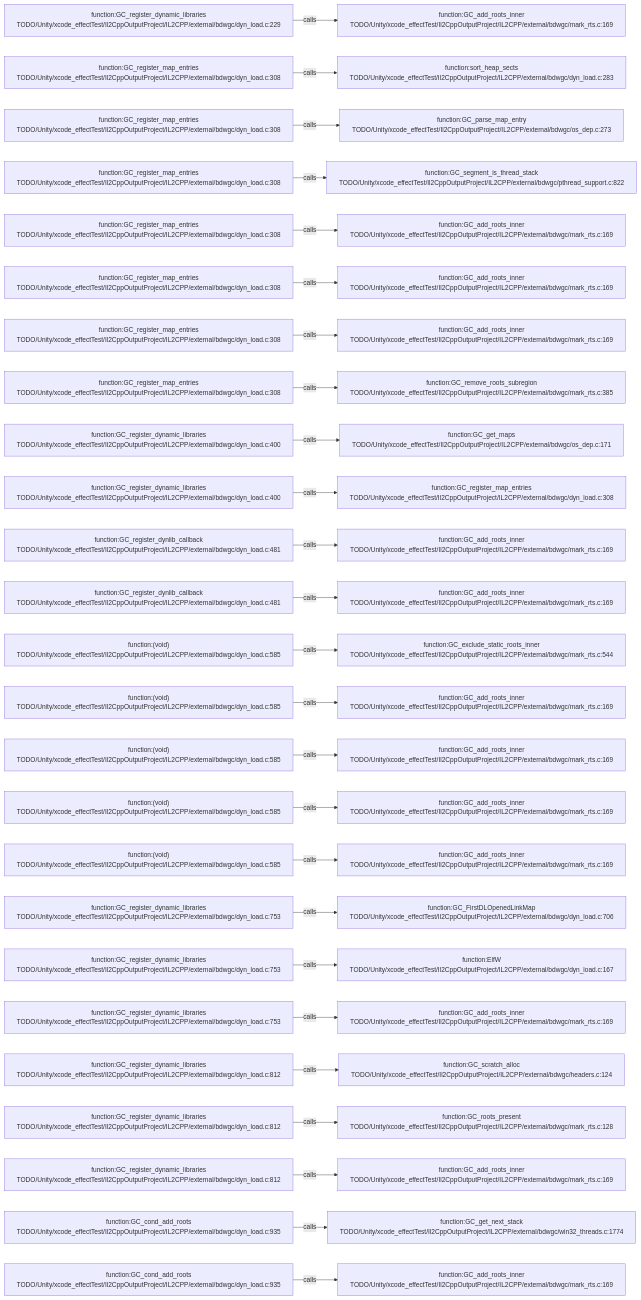
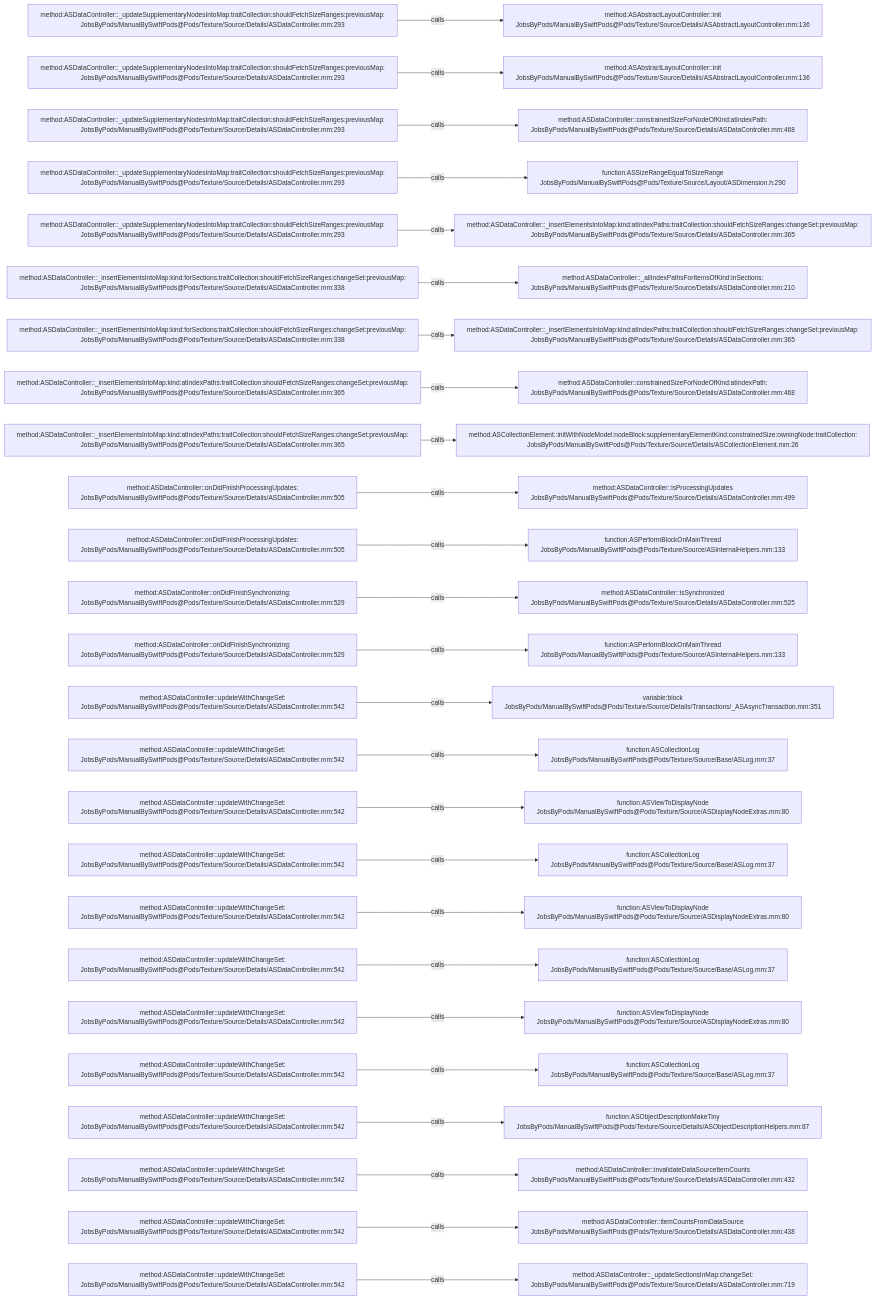
One commit to JobsKits/JobsSwiftBaseConfigDemo changed the diagram in .codegraph/codegraph.md/graphs/calls-104.md. Above: the diagram before and after it, drawn with Mermaid. The commit also changed 2959 other files, not shown here.

````diff
--- a/.codegraph/codegraph.md/graphs/calls-104.md
+++ b/.codegraph/codegraph.md/graphs/calls-104.md
@@ -13,78 +13,78 @@
 ```mermaid
 flowchart LR
-  S1["function:GC_register_dynamic_libraries<br/>TODO/Unity/xcode_effectTest/Il2CppOutputProject/IL2CPP/external/bdwgc/dyn_load.c:229"]
-  T1["function:GC_add_roots_inner<br/>TODO/Unity/xcode_effectTest/Il2CppOutputProject/IL2CPP/external/bdwgc/mark_rts.c:169"]
+  S1["method:ASDataController::_updateSupplementaryNodesIntoMap:traitCollection:shouldFetchSizeRanges:previousMap:<br/>JobsByPods/ManualBySwiftPods@Pods/Texture/Source/Details/ASDataController.mm:293"]
+  T1["method:ASAbstractLayoutController::init<br/>JobsByPods/ManualBySwiftPods@Pods/Texture/Source/Details/ASAbstractLayoutController.mm:136"]
   S1 -->|calls| T1
-  S2["function:GC_register_map_entries<br/>TODO/Unity/xcode_effectTest/Il2CppOutputProject/IL2CPP/external/bdwgc/dyn_load.c:308"]
-  T2["function:sort_heap_sects<br/>TODO/Unity/xcode_effectTest/Il2CppOutputProject/IL2CPP/external/bdwgc/dyn_load.c:283"]
+  S2["method:ASDataController::_updateSupplementaryNodesIntoMap:traitCollection:shouldFetchSizeRanges:previousMap:<br/>JobsByPods/ManualBySwiftPods@Pods/Texture/Source/Details/ASDataController.mm:293"]
+  T2["method:ASAbstractLayoutController::init<br/>JobsByPods/ManualBySwiftPods@Pods/Texture/Source/Details/ASAbstractLayoutController.mm:136"]
   S2 -->|calls| T2
-  S3["function:GC_register_map_entries<br/>TODO/Unity/xcode_effectTest/Il2CppOutputProject/IL2CPP/external/bdwgc/dyn_load.c:308"]
-  T3["function:GC_parse_map_entry<br/>TODO/Unity/xcode_effectTest/Il2CppOutputProject/IL2CPP/external/bdwgc/os_dep.c:273"]
+  S3["method:ASDataController::_updateSupplementaryNodesIntoMap:traitCollection:shouldFetchSizeRanges:previousMap:<br/>JobsByPods/ManualBySwiftPods@Pods/Texture/Source/Details/ASDataController.mm:293"]
+  T3["method:ASDataController::constrainedSizeForNodeOfKind:atIndexPath:<br/>JobsByPods/ManualBySwiftPods@Pods/Texture/Source/Details/ASDataController.mm:468"]
   S3 -->|calls| T3
-  S4["function:GC_register_map_entries<br/>TODO/Unity/xcode_effectTest/Il2CppOutputProject/IL2CPP/external/bdwgc/dyn_load.c:308"]
-  T4["function:GC_segment_is_thread_stack<br/>TODO/Unity/xcode_effectTest/Il2CppOutputProject/IL2CPP/external/bdwgc/pthread_support.c:822"]
+  S4["method:ASDataController::_updateSupplementaryNodesIntoMap:traitCollection:shouldFetchSizeRanges:previousMap:<br/>JobsByPods/ManualBySwiftPods@Pods/Texture/Source/Details/ASDataController.mm:293"]
+  T4["function:ASSizeRangeEqualToSizeRange<br/>JobsByPods/ManualBySwiftPods@Pods/Texture/Source/Layout/ASDimension.h:290"]
   S4 -->|calls| T4
-  S5["function:GC_register_map_entries<br/>TODO/Unity/xcode_effectTest/Il2CppOutputProject/IL2CPP/external/bdwgc/dyn_load.c:308"]
-  T5["function:GC_add_roots_inner<br/>TODO/Unity/xcode_effectTest/Il2CppOutputProject/IL2CPP/external/bdwgc/mark_rts.c:169"]
+  S5["method:ASDataController::_updateSupplementaryNodesIntoMap:traitCollection:shouldFetchSizeRanges:previousMap:<br/>JobsByPods/ManualBySwiftPods@Pods/Texture/Source/Details/ASDataController.mm:293"]
+  T5["method:ASDataController::_insertElementsIntoMap:kind:atIndexPaths:traitCollection:shouldFetchSizeRanges:changeSet:previousMap:<br/>JobsByPods/ManualBySwiftPods@Pods/Texture/Source/Details/ASDataController.mm:365"]
   S5 -->|calls| T5
-  S6["function:GC_register_map_entries<br/>TODO/Unity/xcode_effectTest/Il2CppOutputProject/IL2CPP/external/bdwgc/dyn_load.c:308"]
-  T6["function:GC_add_roots_inner<br/>TODO/Unity/xcode_effectTest/Il2CppOutputProject/IL2CPP/external/bdwgc/mark_rts.c:169"]
+  S6["method:ASDataController::_insertElementsIntoMap:kind:forSections:traitCollection:shouldFetchSizeRanges:changeSet:previousMap:<br/>JobsByPods/ManualBySwiftPods@Pods/Texture/Source/Details/ASDataController.mm:338"]
+  T6["method:ASDataController::_allIndexPathsForItemsOfKind:inSections:<br/>JobsByPods/ManualBySwiftPods@Pods/Texture/Source/Details/ASDataController.mm:210"]
   S6 -->|calls| T6
-  S7["function:GC_register_map_entries<br/>TODO/Unity/xcode_effectTest/Il2CppOutputProject/IL2CPP/external/bdwgc/dyn_load.c:308"]
-  T7["function:GC_add_roots_inner<br/>TODO/Unity/xcode_effectTest/Il2CppOutputProject/IL2CPP/external/bdwgc/mark_rts.c:169"]
+  S7["method:ASDataController::_insertElementsIntoMap:kind:forSections:traitCollection:shouldFetchSizeRanges:changeSet:previousMap:<br/>JobsByPods/ManualBySwiftPods@Pods/Texture/Source/Details/ASDataController.mm:338"]
+  T7["method:ASDataController::_insertElementsIntoMap:kind:atIndexPaths:traitCollection:shouldFetchSizeRanges:changeSet:previousMap:<br/>JobsByPods/ManualBySwiftPods@Pods/Texture/Source/Details/ASDataController.mm:365"]
   S7 -->|calls| T7
-  S8["function:GC_register_map_entries<br/>TODO/Unity/xcode_effectTest/Il2CppOutputProject/IL2CPP/external/bdwgc/dyn_load.c:308"]
-  T8["function:GC_remove_roots_subregion<br/>TODO/Unity/xcode_effectTest/Il2CppOutputProject/IL2CPP/external/bdwgc/mark_rts.c:385"]
+  S8["method:ASDataController::_insertElementsIntoMap:kind:atIndexPaths:traitCollection:shouldFetchSizeRanges:changeSet:previousMap:<br/>JobsByPods/ManualBySwiftPods@Pods/Texture/Source/Details/ASDataController.mm:365"]
+  T8["method:ASDataController::constrainedSizeForNodeOfKind:atIndexPath:<br/>JobsByPods/ManualBySwiftPods@Pods/Texture/Source/Details/ASDataController.mm:468"]
   S8 -->|calls| T8
-  S9["function:GC_register_dynamic_libraries<br/>TODO/Unity/xcode_effectTest/Il2CppOutputProject/IL2CPP/external/bdwgc/dyn_load.c:400"]
-  T9["function:GC_get_maps<br/>TODO/Unity/xcode_effectTest/Il2CppOutputProject/IL2CPP/external/bdwgc/os_dep.c:171"]
+  S9["method:ASDataController::_insertElementsIntoMap:kind:atIndexPaths:traitCollection:shouldFetchSizeRanges:changeSet:previousMap:<br/>JobsByPods/ManualBySwiftPods@Pods/Texture/Source/Details/ASDataController.mm:365"]
+  T9["method:ASCollectionElement::initWithNodeModel:nodeBlock:supplementaryElementKind:constrainedSize:owningNode:traitCollection:<br/>JobsByPods/ManualBySwiftPods@Pods/Texture/Source/Details/ASCollectionElement.mm:26"]
   S9 -->|calls| T9
-  S10["function:GC_register_dynamic_libraries<br/>TODO/Unity/xcode_effectTest/Il2CppOutputProject/IL2CPP/external/bdwgc/dyn_load.c:400"]
-  T10["function:GC_register_map_entries<br/>TODO/Unity/xcode_effectTest/Il2CppOutputProject/IL2CPP/external/bdwgc/dyn_load.c:308"]
+  S10["method:ASDataController::onDidFinishProcessingUpdates:<br/>JobsByPods/ManualBySwiftPods@Pods/Texture/Source/Details/ASDataController.mm:505"]
+  T10["method:ASDataController::isProcessingUpdates<br/>JobsByPods/ManualBySwiftPods@Pods/Texture/Source/Details/ASDataController.mm:499"]
   S10 -->|calls| T10
-  S11["function:GC_register_dynlib_callback<br/>TODO/Unity/xcode_effectTest/Il2CppOutputProject/IL2CPP/external/bdwgc/dyn_load.c:481"]
-  T11["function:GC_add_roots_inner<br/>TODO/Unity/xcode_effectTest/Il2CppOutputProject/IL2CPP/external/bdwgc/mark_rts.c:169"]
+  S11["method:ASDataController::onDidFinishProcessingUpdates:<br/>JobsByPods/ManualBySwiftPods@Pods/Texture/Source/Details/ASDataController.mm:505"]
+  T11["function:ASPerformBlockOnMainThread<br/>JobsByPods/ManualBySwiftPods@Pods/Texture/Source/ASInternalHelpers.mm:133"]
   S11 -->|calls| T11
-  S12["function:GC_register_dynlib_callback<br/>TODO/Unity/xcode_effectTest/Il2CppOutputProject/IL2CPP/external/bdwgc/dyn_load.c:481"]
-  T12["function:GC_add_roots_inner<br/>TODO/Unity/xcode_effectTest/Il2CppOutputProject/IL2CPP/external/bdwgc/mark_rts.c:169"]
+  S12["method:ASDataController::onDidFinishSynchronizing:<br/>JobsByPods/ManualBySwiftPods@Pods/Texture/Source/Details/ASDataController.mm:529"]
+  T12["method:ASDataController::isSynchronized<br/>JobsByPods/ManualBySwiftPods@Pods/Texture/Source/Details/ASDataController.mm:525"]
   S12 -->|calls| T12
-  S13["function:(void)<br/>TODO/Unity/xcode_effectTest/Il2CppOutputProject/IL2CPP/external/bdwgc/dyn_load.c:585"]
-  T13["function:GC_exclude_static_roots_inner<br/>TODO/Unity/xcode_effectTest/Il2CppOutputProject/IL2CPP/external/bdwgc/mark_rts.c:544"]
+  S13["method:ASDataController::onDidFinishSynchronizing:<br/>JobsByPods/ManualBySwiftPods@Pods/Texture/Source/Details/ASDataController.mm:529"]
+  T13["function:ASPerformBlockOnMainThread<br/>JobsByPods/ManualBySwiftPods@Pods/Texture/Source/ASInternalHelpers.mm:133"]
   S13 -->|calls| T13
-  S14["function:(void)<br/>TODO/Unity/xcode_effectTest/Il2CppOutputProject/IL2CPP/external/bdwgc/dyn_load.c:585"]
-  T14["function:GC_add_roots_inner<br/>TODO/Unity/xcode_effectTest/Il2CppOutputProject/IL2CPP/external/bdwgc/mark_rts.c:169"]
+  S14["method:ASDataController::updateWithChangeSet:<br/>JobsByPods/ManualBySwiftPods@Pods/Texture/Source/Details/ASDataController.mm:542"]
+  T14["variable:block<br/>JobsByPods/ManualBySwiftPods@Pods/Texture/Source/Details/Transactions/_ASAsyncTransaction.mm:351"]
   S14 -->|calls| T14
-  S15["function:(void)<br/>TODO/Unity/xcode_effectTest/Il2CppOutputProject/IL2CPP/external/bdwgc/dyn_load.c:585"]
-  T15["function:GC_add_roots_inner<br/>TODO/Unity/xcode_effectTest/Il2CppOutputProject/IL2CPP/external/bdwgc/mark_rts.c:169"]
+  S15["method:ASDataController::updateWithChangeSet:<br/>JobsByPods/ManualBySwiftPods@Pods/Texture/Source/Details/ASDataController.mm:542"]
+  T15["function:ASCollectionLog<br/>JobsByPods/ManualBySwiftPods@Pods/Texture/Source/Base/ASLog.mm:37"]
   S15 -->|calls| T15
-  S16["function:(void)<br/>TODO/Unity/xcode_effectTest/Il2CppOutputProject/IL2CPP/external/bdwgc/dyn_load.c:585"]
-  T16["function:GC_add_roots_inner<br/>TODO/Unity/xcode_effectTest/Il2CppOutputProject/IL2CPP/external/bdwgc/mark_rts.c:169"]
+  S16["method:ASDataController::updateWithChangeSet:<br/>JobsByPods/ManualBySwiftPods@Pods/Texture/Source/Details/ASDataController.mm:542"]
+  T16["function:ASViewToDisplayNode<br/>JobsByPods/ManualBySwiftPods@Pods/Texture/Source/ASDisplayNodeExtras.mm:80"]
   S16 -->|calls| T16
-  S17["function:(void)<br/>TODO/Unity/xcode_effectTest/Il2CppOutputProject/IL2CPP/external/bdwgc/dyn_load.c:585"]
-  T17["function:GC_add_roots_inner<br/>TODO/Unity/xcode_effectTest/Il2CppOutputProject/IL2CPP/external/bdwgc/mark_rts.c:169"]
+  S17["method:ASDataController::updateWithChangeSet:<br/>JobsByPods/ManualBySwiftPods@Pods/Texture/Source/Details/ASDataController.mm:542"]
+  T17["function:ASCollectionLog<br/>JobsByPods/ManualBySwiftPods@Pods/Texture/Source/Base/ASLog.mm:37"]
   S17 -->|calls| T17
-  S18["function:GC_register_dynamic_libraries<br/>TODO/Unity/xcode_effectTest/Il2CppOutputProject/IL2CPP/external/bdwgc/dyn_load.c:753"]
-  T18["function:GC_FirstDLOpenedLinkMap<br/>TODO/Unity/xcode_effectTest/Il2CppOutputProject/IL2CPP/external/bdwgc/dyn_load.c:706"]
+  S18["method:ASDataController::updateWithChangeSet:<br/>JobsByPods/ManualBySwiftPods@Pods/Texture/Source/Details/ASDataController.mm:542"]
+  T18["function:ASViewToDisplayNode<br/>JobsByPods/ManualBySwiftPods@Pods/Texture/Source/ASDisplayNodeExtras.mm:80"]
   S18 -->|calls| T18
-  S19["function:GC_register_dynamic_libraries<br/>TODO/Unity/xcode_effectTest/Il2CppOutputProject/IL2CPP/external/bdwgc/dyn_load.c:753"]
-  T19["function:ElfW<br/>TODO/Unity/xcode_effectTest/Il2CppOutputProject/IL2CPP/external/bdwgc/dyn_load.c:167"]
+  S19["method:ASDataController::updateWithChangeSet:<br/>JobsByPods/ManualBySwiftPods@Pods/Texture/Source/Details/ASDataController.mm:542"]
+  T19["function:ASCollectionLog<br/>JobsByPods/ManualBySwiftPods@Pods/Texture/Source/Base/ASLog.mm:37"]
   S19 -->|calls| T19
-  S20["function:GC_register_dynamic_libraries<br/>TODO/Unity/xcode_effectTest/Il2CppOutputProject/IL2CPP/external/bdwgc/dyn_load.c:753"]
-  T20["function:GC_add_roots_inner<br/>TODO/Unity/xcode_effectTest/Il2CppOutputProject/IL2CPP/external/bdwgc/mark_rts.c:169"]
+  S20["method:ASDataController::updateWithChangeSet:<br/>JobsByPods/ManualBySwiftPods@Pods/Texture/Source/Details/ASDataController.mm:542"]
+  T20["function:ASViewToDisplayNode<br/>JobsByPods/ManualBySwiftPods@Pods/Texture/Source/ASDisplayNodeExtras.mm:80"]
   S20 -->|calls| T20
-  S21["function:GC_register_dynamic_libraries<br/>TODO/Unity/xcode_effectTest/Il2CppOutputProject/IL2CPP/external/bdwgc/dyn_load.c:812"]
-  T21["function:GC_scratch_alloc<br/>TODO/Unity/xcode_effectTest/Il2CppOutputProject/IL2CPP/external/bdwgc/headers.c:124"]
+  S21["method:ASDataController::updateWithChangeSet:<br/>JobsByPods/ManualBySwiftPods@Pods/Texture/Source/Details/ASDataController.mm:542"]
+  T21["function:ASCollectionLog<br/>JobsByPods/ManualBySwiftPods@Pods/Texture/Source/Base/ASLog.mm:37"]
   S21 -->|calls| T21
-  S22["function:GC_register_dynamic_libraries<br/>TODO/Unity/xcode_effectTest/Il2CppOutputProject/IL2CPP/external/bdwgc/dyn_load.c:812"]
-  T22["function:GC_roots_present<br/>TODO/Unity/xcode_effectTest/Il2CppOutputProject/IL2CPP/external/bdwgc/mark_rts.c:128"]
+  S22["method:ASDataController::updateWithChangeSet:<br/>JobsByPods/ManualBySwiftPods@Pods/Texture/Source/Details/ASDataController.mm:542"]
+  T22["function:ASObjectDescriptionMakeTiny<br/>JobsByPods/ManualBySwiftPods@Pods/Texture/Source/Details/ASObjectDescriptionHelpers.mm:87"]
   S22 -->|calls| T22
-  S23["function:GC_register_dynamic_libraries<br/>TODO/Unity/xcode_effectTest/Il2CppOutputProject/IL2CPP/external/bdwgc/dyn_load.c:812"]
-  T23["function:GC_add_roots_inner<br/>TODO/Unity/xcode_effectTest/Il2CppOutputProject/IL2CPP/external/bdwgc/mark_rts.c:169"]
+  S23["method:ASDataController::updateWithChangeSet:<br/>JobsByPods/ManualBySwiftPods@Pods/Texture/Source/Details/ASDataController.mm:542"]
+  T23["method:ASDataController::invalidateDataSourceItemCounts<br/>JobsByPods/ManualBySwiftPods@Pods/Texture/Source/Details/ASDataController.mm:432"]
   S23 -->|calls| T23
-  S24["function:GC_cond_add_roots<br/>TODO/Unity/xcode_effectTest/Il2CppOutputProject/IL2CPP/external/bdwgc/dyn_load.c:935"]
-  T24["function:GC_get_next_stack<br/>TODO/Unity/xcode_effectTest/Il2CppOutputProject/IL2CPP/external/bdwgc/win32_threads.c:1774"]
+  S24["method:ASDataController::updateWithChangeSet:<br/>JobsByPods/ManualBySwiftPods@Pods/Texture/Source/Details/ASDataController.mm:542"]
+  T24["method:ASDataController::itemCountsFromDataSource<br/>JobsByPods/ManualBySwiftPods@Pods/Texture/Source/Details/ASDataController.mm:438"]
   S24 -->|calls| T24
-  S25["function:GC_cond_add_roots<br/>TODO/Unity/xcode_effectTest/Il2CppOutputProject/IL2CPP/external/bdwgc/dyn_load.c:935"]
-  T25["function:GC_add_roots_inner<br/>TODO/Unity/xcode_effectTest/Il2CppOutputProject/IL2CPP/external/bdwgc/mark_rts.c:169"]
+  S25["method:ASDataController::updateWithChangeSet:<br/>JobsByPods/ManualBySwiftPods@Pods/Texture/Source/Details/ASDataController.mm:542"]
+  T25["method:ASDataController::_updateSectionsInMap:changeSet:<br/>JobsByPods/ManualBySwiftPods@Pods/Texture/Source/Details/ASDataController.mm:719"]
   S25 -->|calls| T25
 ```
````
